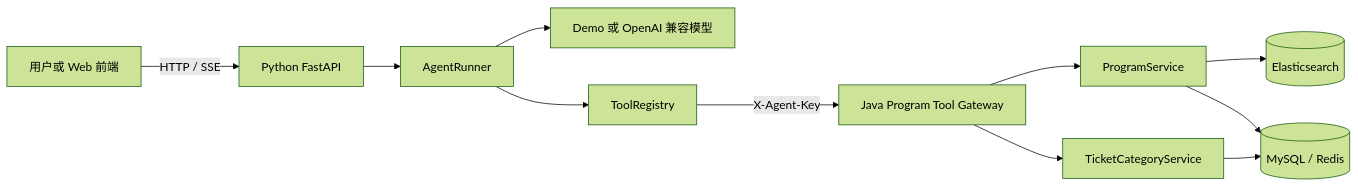
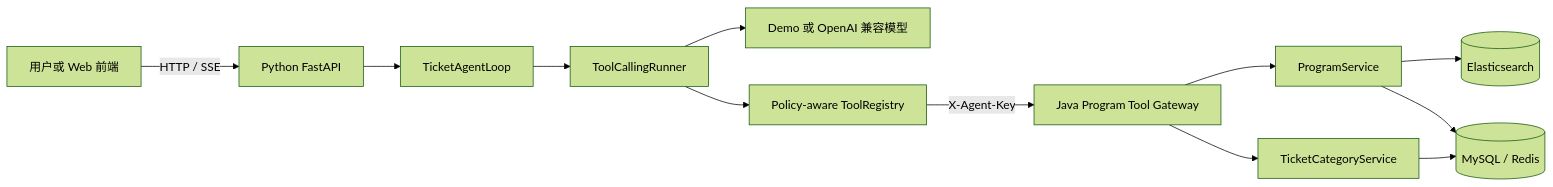
The diagram in damai-agent-python/README.md (royyyyie/pay-agent), drawn with Mermaid (forest theme) before and after one commit. The commit also changed other lines of this file and 20 other files, not shown here.

````diff
--- a/damai-agent-python/README.md
+++ b/damai-agent-python/README.md
@@ -5,13 +5,14 @@
 ```mermaid
 flowchart LR
     U[用户或 Web 前端] -->|HTTP / SSE| A[Python FastAPI]
-    A --> R[AgentRunner]
+    A --> L[TicketAgentLoop]
+    L --> R[ToolCallingRunner]
     R --> M[Demo 或 OpenAI 兼容模型]
-    R --> T[ToolRegistry]
+    R --> T[Policy-aware ToolRegistry]
     T -->|X-Agent-Key| J[Java Program Tool Gateway]
     J --> P[ProgramService]
     J --> C[TicketCategoryService]
     P --> ES[(Elasticsearch)]
     P --> DB[(MySQL / Redis)]
     C --> DB
 ```
````
